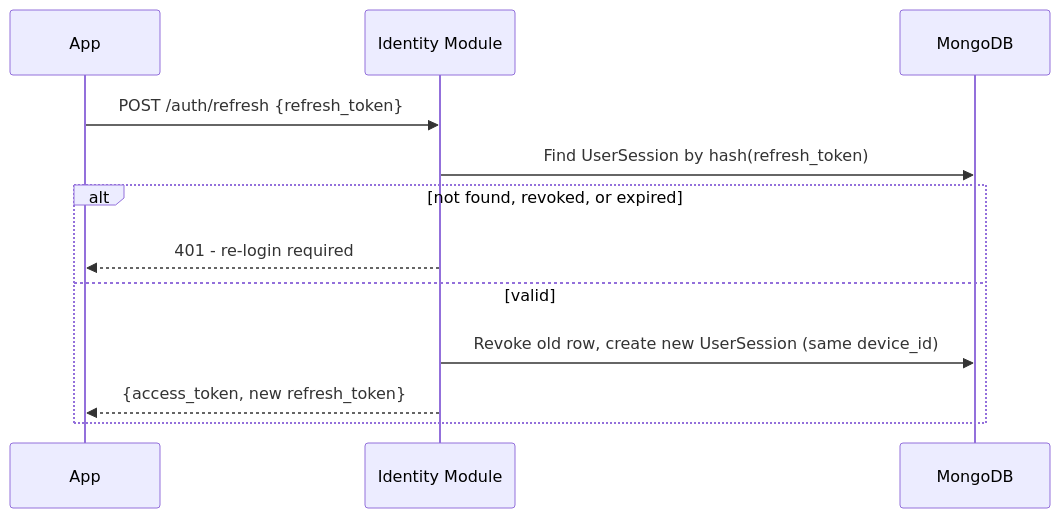
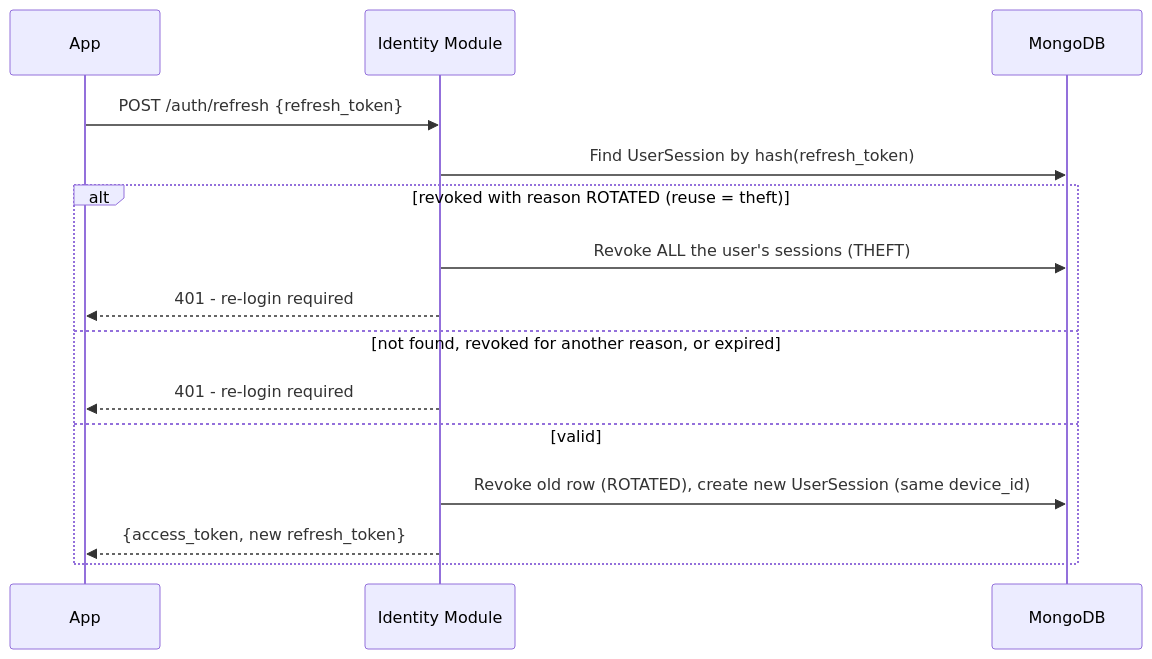
The second of 2 diagrams in docs/hld/04-authentication-and-sessions.md (reboot-ai-private-limited/greynote), drawn with Mermaid before and after one commit. The commit also changed other lines of this file and 7 other files, not shown here.

First line of the commit message:
docs: record client answers on login/devices and the device-approval design

````diff
--- a/docs/hld/04-authentication-and-sessions.md
+++ b/docs/hld/04-authentication-and-sessions.md
@@ -42,15 +65,18 @@
 ```mermaid
 sequenceDiagram
     participant App
     participant Identity as Identity Module
     participant DB as MongoDB
 
     App->>Identity: POST /auth/refresh {refresh_token}
     Identity->>DB: Find UserSession by hash(refresh_token)
-    alt not found, revoked, or expired
+    alt revoked with reason ROTATED (reuse = theft)
+        Identity->>DB: Revoke ALL the user's sessions (THEFT)
+        Identity-->>App: 401 - re-login required
+    else not found, revoked for another reason, or expired
         Identity-->>App: 401 - re-login required
     else valid
-        Identity->>DB: Revoke old row, create new UserSession (same device_id)
+        Identity->>DB: Revoke old row (ROTATED), create new UserSession (same device_id)
         Identity-->>App: {access_token, new refresh_token}
     end
 ```
````
